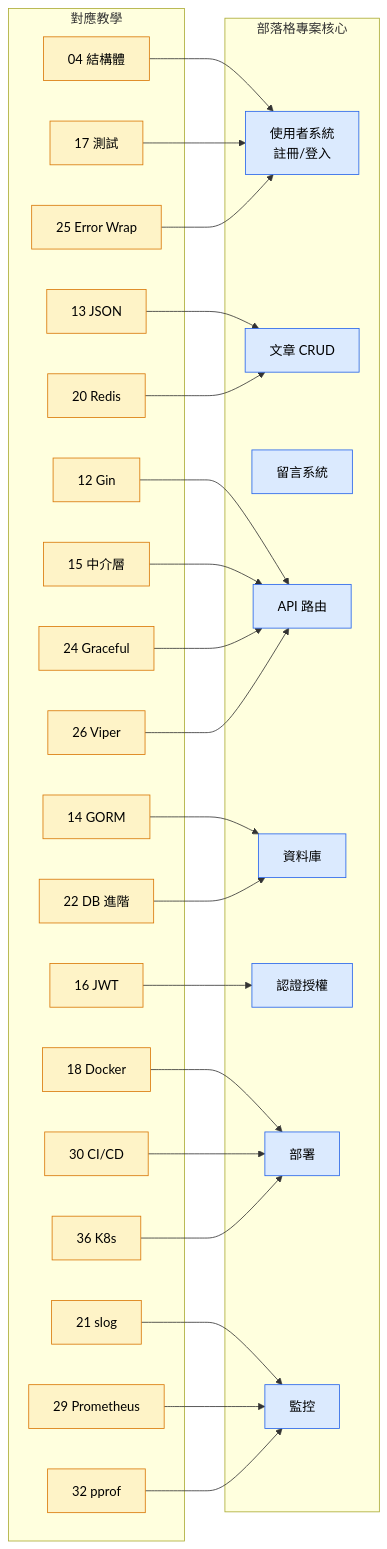
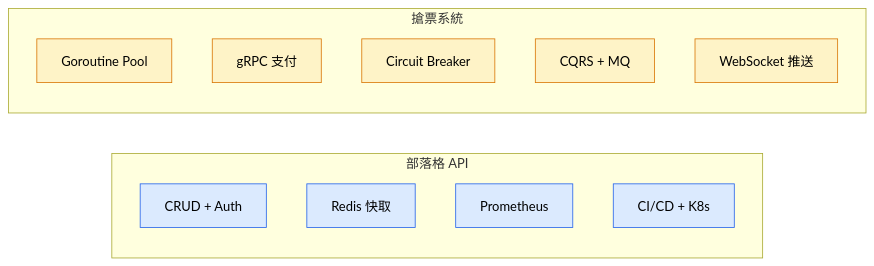
One commit to ChecheHuang/go-tutorials changed the second of 2 diagrams in ROADMAP.md. Above: the diagram before and after it, drawn with Mermaid. The commit also changed other lines of this file, not shown here.

First line of the commit message:
docs: 重寫 ROADMAP.md 配合新的 42 課順序

````diff
--- a/ROADMAP.md
+++ b/ROADMAP.md
@@ -437,37 +209,20 @@
 ```mermaid
 graph LR
     classDef blog fill:#dbeafe,stroke:#2563eb,color:#000
-    classDef tutorial fill:#fef3c7,stroke:#d97706,color:#000
+    classDef ticket fill:#fef3c7,stroke:#d97706,color:#000
 
-    subgraph "部落格專案核心"
-        B1["使用者系統\n註冊/登入"]:::blog
-        B2["文章 CRUD"]:::blog
-        B3["留言系統"]:::blog
-        B4["API 路由"]:::blog
-        B5["資料庫"]:::blog
-        B6["認證授權"]:::blog
-        B7["部署"]:::blog
-        B8["監控"]:::blog
+    subgraph "部落格 API"
+        B1["CRUD + Auth"]:::blog
+        B2["Redis 快取"]:::blog
+        B3["Prometheus"]:::blog
+        B4["CI/CD + K8s"]:::blog
     end
 
-    subgraph "對應教學"
-        T04["04 結構體"]:::tutorial --> B1
-        T12["12 Gin"]:::tutorial --> B4
-        T13["13 JSON"]:::tutorial --> B2
-        T14["14 GORM"]:::tutorial --> B5
-        T15["15 中介層"]:::tutorial --> B4
-        T16["16 JWT"]:::tutorial --> B6
-        T17["17 測試"]:::tutorial --> B1
-        T18["18 Docker"]:::tutorial --> B7
-        T20["20 Redis"]:::tutorial --> B2
-        T21["21 slog"]:::tutorial --> B8
-        T22["22 DB 進階"]:::tutorial --> B5
-        T24["24 Graceful"]:::tutorial --> B4
-        T25["25 Error Wrap"]:::tutorial --> B1
-        T26["26 Viper"]:::tutorial --> B4
-        T29["29 Prometheus"]:::tutorial --> B8
-        T30["30 CI/CD"]:::tutorial --> B7
-        T32["32 pprof"]:::tutorial --> B8
-        T36["36 K8s"]:::tutorial --> B7
+    subgraph "搶票系統"
+        T1["Goroutine Pool"]:::ticket
+        T2["gRPC 支付"]:::ticket
+        T3["Circuit Breaker"]:::ticket
+        T4["CQRS + MQ"]:::ticket
+        T5["WebSocket 推送"]:::ticket
     end
 ```
````
